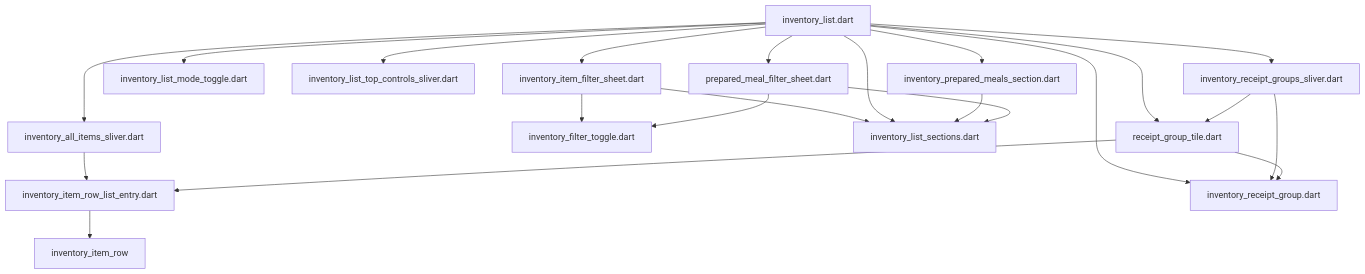
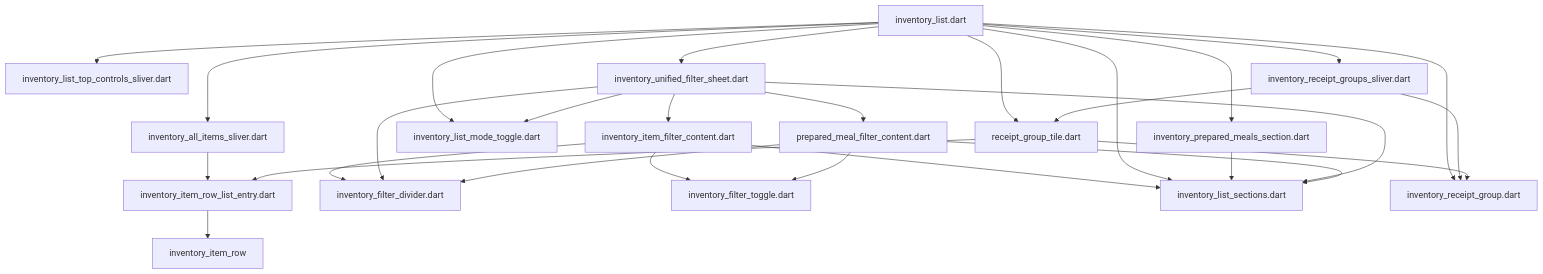
Before and after one commit to repinw/yamt: the diagram in lib/features/inventory/presentation/widgets/inventory_list/DEPS.md, drawn with Mermaid. The commit also changed 57 other files, not shown here.

````diff
--- a/lib/features/inventory/presentation/widgets/inventory_list/DEPS.md
+++ b/lib/features/inventory/presentation/widgets/inventory_list/DEPS.md
@@ -6,24 +6,30 @@
 ```mermaid
 flowchart TD;
 inventory_all_items_sliver.dart-->inventory_item_row_list_entry.dart;
-inventory_item_filter_sheet.dart-->inventory_filter_toggle.dart;
-inventory_item_filter_sheet.dart-->inventory_list_sections.dart;
+inventory_item_filter_content.dart-->inventory_filter_divider.dart;
+inventory_item_filter_content.dart-->inventory_filter_toggle.dart;
+inventory_item_filter_content.dart-->inventory_list_sections.dart;
 inventory_item_row_list_entry.dart-->inventory_item_row;
 inventory_list.dart-->inventory_all_items_sliver.dart;
-inventory_list.dart-->inventory_item_filter_sheet.dart;
 inventory_list.dart-->inventory_list_mode_toggle.dart;
 inventory_list.dart-->inventory_list_sections.dart;
 inventory_list.dart-->inventory_list_top_controls_sliver.dart;
 inventory_list.dart-->inventory_prepared_meals_section.dart;
 inventory_list.dart-->inventory_receipt_group.dart;
 inventory_list.dart-->inventory_receipt_groups_sliver.dart;
-inventory_list.dart-->prepared_meal_filter_sheet.dart;
+inventory_list.dart-->inventory_unified_filter_sheet.dart;
 inventory_list.dart-->receipt_group_tile.dart;
 inventory_prepared_meals_section.dart-->inventory_list_sections.dart;
 inventory_receipt_groups_sliver.dart-->inventory_receipt_group.dart;
 inventory_receipt_groups_sliver.dart-->receipt_group_tile.dart;
-prepared_meal_filter_sheet.dart-->inventory_filter_toggle.dart;
-prepared_meal_filter_sheet.dart-->inventory_list_sections.dart;
+inventory_unified_filter_sheet.dart-->inventory_filter_divider.dart;
+inventory_unified_filter_sheet.dart-->inventory_item_filter_content.dart;
+inventory_unified_filter_sheet.dart-->inventory_list_mode_toggle.dart;
+inventory_unified_filter_sheet.dart-->inventory_list_sections.dart;
+inventory_unified_filter_sheet.dart-->prepared_meal_filter_content.dart;
+prepared_meal_filter_content.dart-->inventory_filter_divider.dart;
+prepared_meal_filter_content.dart-->inventory_filter_toggle.dart;
+prepared_meal_filter_content.dart-->inventory_list_sections.dart;
 receipt_group_tile.dart-->inventory_item_row_list_entry.dart;
 receipt_group_tile.dart-->inventory_receipt_group.dart;
 ```
````
